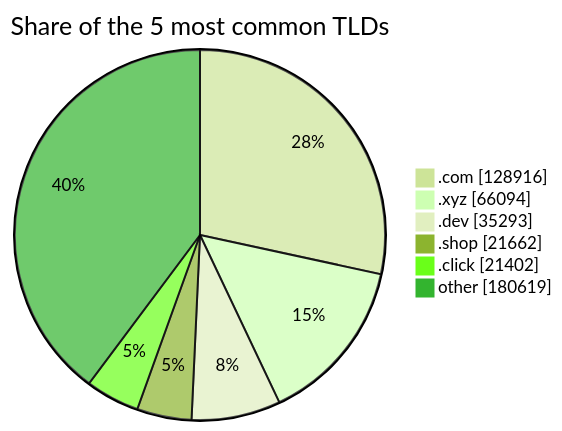
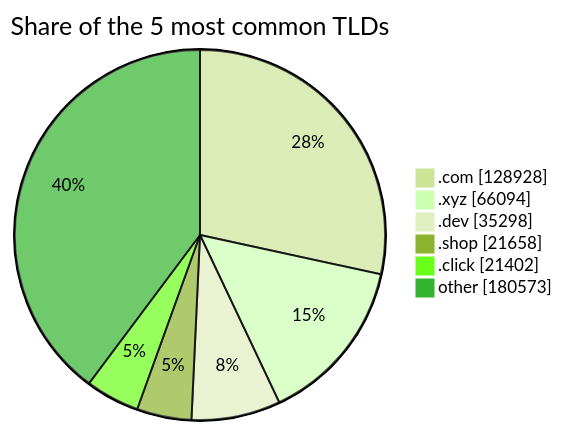
One commit to DNSBunker/CTI changed the third of 3 diagrams in README.md. Above: the diagram before and after it, drawn with Mermaid (forest theme). The commit also changed other lines of this file and 3 other files, not shown here.

````diff
--- a/README.md
+++ b/README.md
@@ -81,9 +81,9 @@
 ```mermaid
 pie showData title Share of the 5 most common TLDs
-    ".com" : 128916
+    ".com" : 128928
     ".xyz" : 66094
-    ".dev" : 35293
-    ".shop" : 21662
+    ".dev" : 35298
+    ".shop" : 21658
     ".click" : 21402
-    "other" : 180619
+    "other" : 180573
 ```
````
